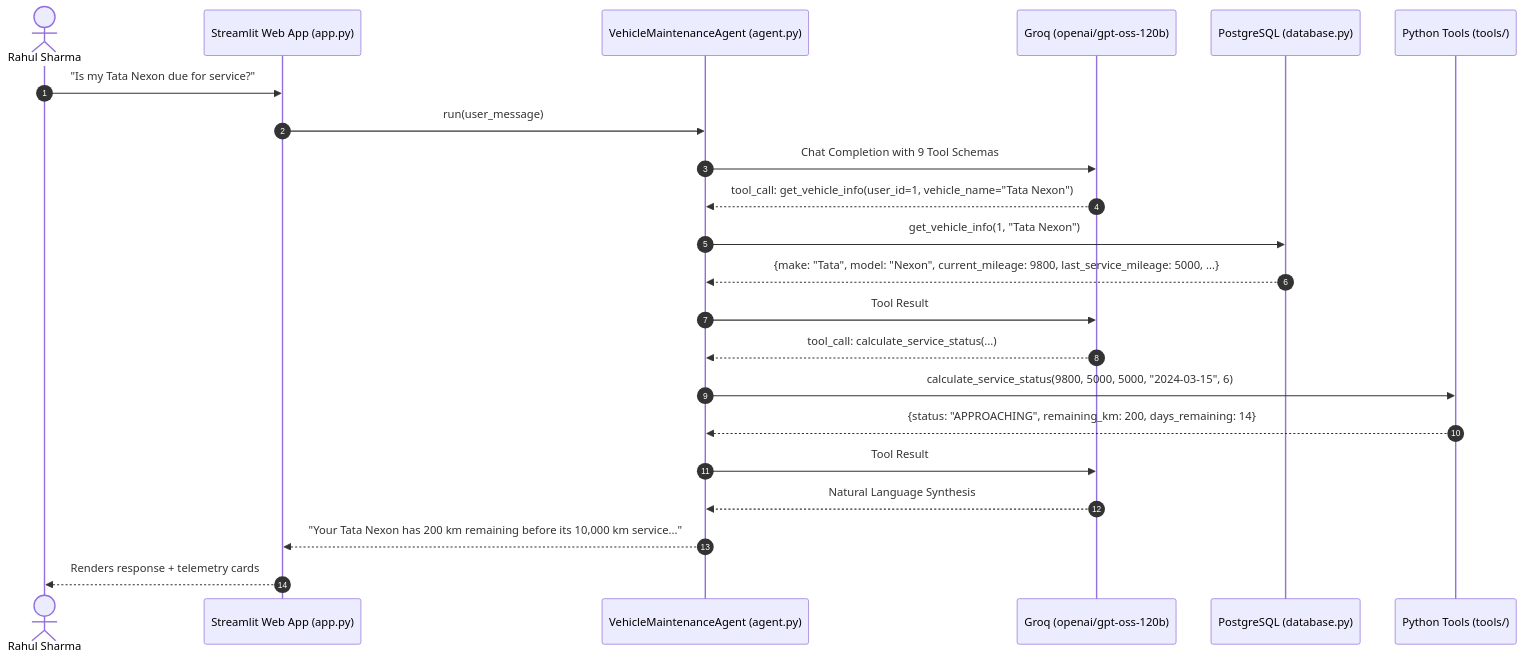
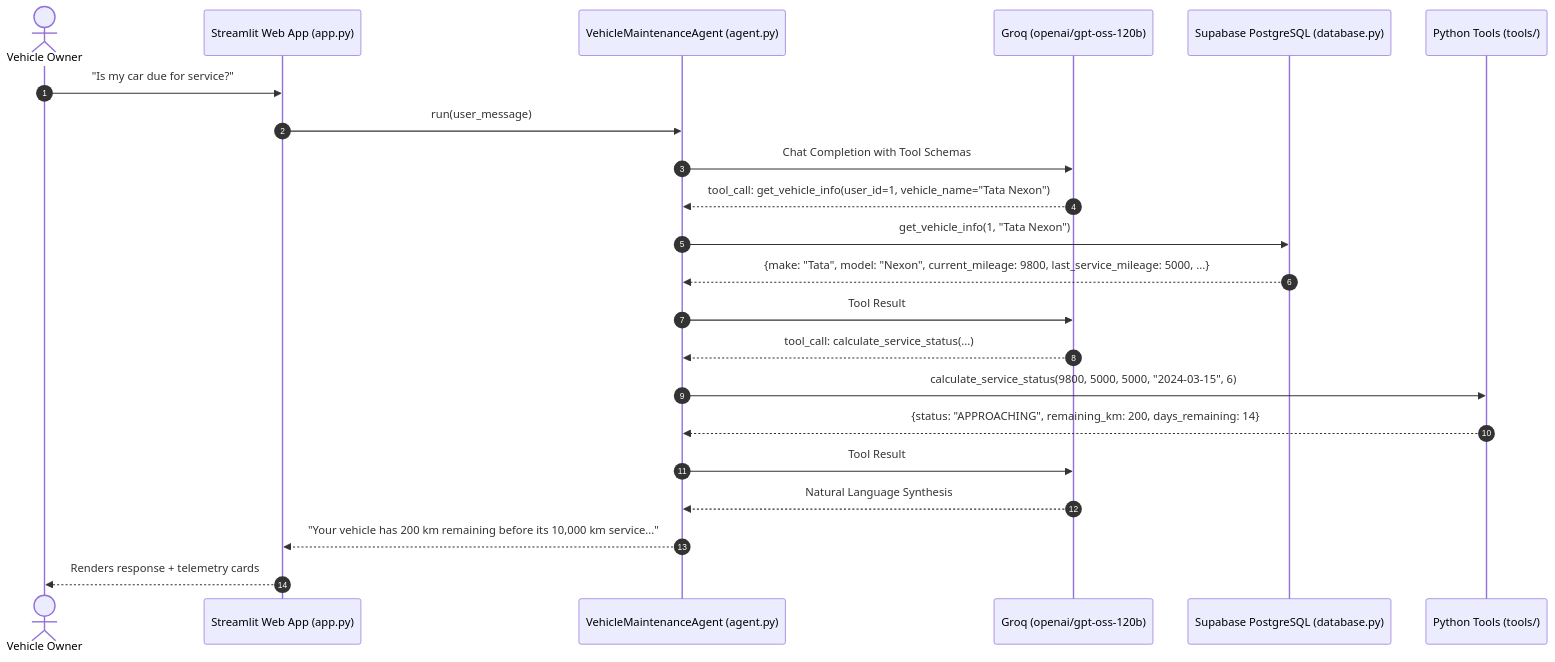
One commit to Aditya4426g/Vehicle-Service-and-Maintenance-Management-Agent changed the diagram in README.md. Above: the diagram before and after it, drawn with Mermaid. The commit also changed other lines of this file, not shown here.

````diff
--- a/README.md
+++ b/README.md
@@ -101,25 +98,25 @@
 ```mermaid
 sequenceDiagram
     autonumber
-    actor User as Rahul Sharma
+    actor User as Vehicle Owner
     participant UI as Streamlit Web App (app.py)
     participant Agent as VehicleMaintenanceAgent (agent.py)
     participant Groq as Groq (openai/gpt-oss-120b)
-    participant DB as PostgreSQL (database.py)
+    participant DB as Supabase PostgreSQL (database.py)
     participant Tools as Python Tools (tools/)
     
-    User->>UI: "Is my Tata Nexon due for service?"
+    User->>UI: "Is my car due for service?"
     UI->>Agent: run(user_message)
-    Agent->>Groq: Chat Completion with 9 Tool Schemas
+    Agent->>Groq: Chat Completion with Tool Schemas
     Groq-->>Agent: tool_call: get_vehicle_info(user_id=1, vehicle_name="Tata Nexon")
     Agent->>DB: get_vehicle_info(1, "Tata Nexon")
     DB-->>Agent: {make: "Tata", model: "Nexon", current_mileage: 9800, last_service_mileage: 5000, ...}
     Agent->>Groq: Tool Result
     Groq-->>Agent: tool_call: calculate_service_status(...)
     Agent->>Tools: calculate_service_status(9800, 5000, 5000, "2024-03-15", 6)
     Tools-->>Agent: {status: "APPROACHING", remaining_km: 200, days_remaining: 14}
     Agent->>Groq: Tool Result
     Groq-->>Agent: Natural Language Synthesis
-    Agent-->>UI: "Your Tata Nexon has 200 km remaining before its 10,000 km service..."
+    Agent-->>UI: "Your vehicle has 200 km remaining before its 10,000 km service..."
     UI-->>User: Renders response + telemetry cards
 ```
````
